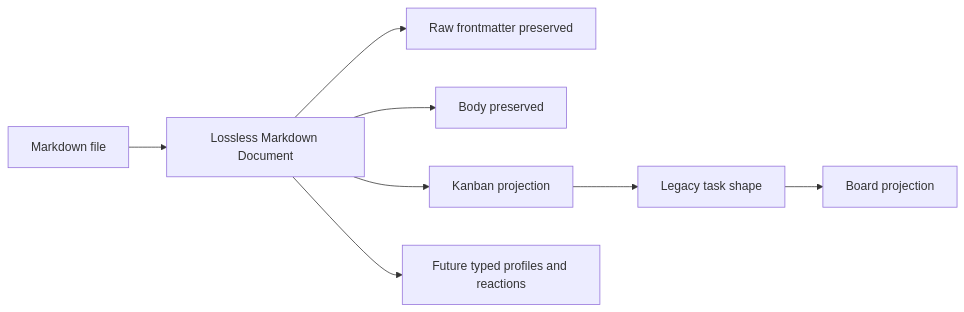
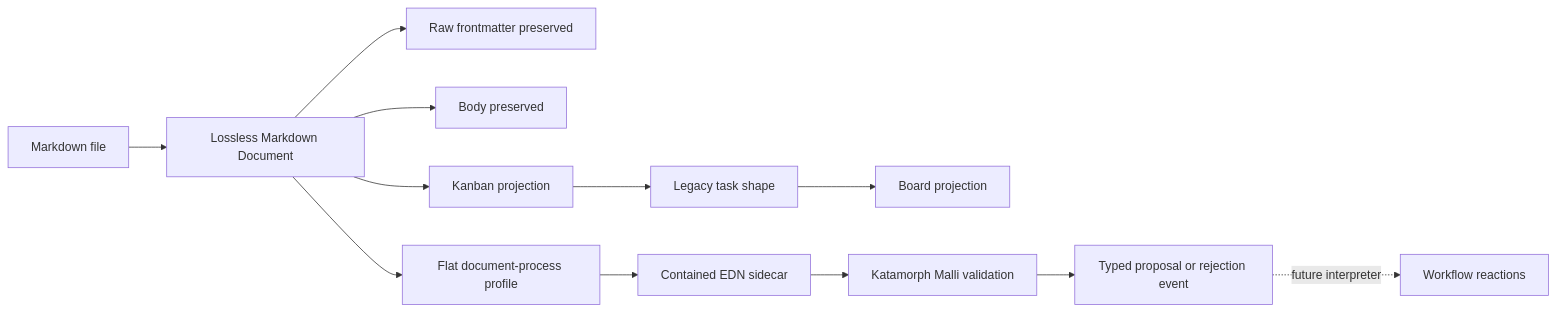
One commit to open-hax/eta-mu changed the diagram in packages/rheos/docs/workflows/markdown-artifact-projection.mmd. Above: the diagram before and after it, drawn with Mermaid. The commit also changed 22 other files, not shown here.

Commit message:
feat(rheos): emit typed markdown document events

```diff
--- a/packages/rheos/docs/workflows/markdown-artifact-projection.mmd
+++ b/packages/rheos/docs/workflows/markdown-artifact-projection.mmd
@@ -1,8 +1,12 @@
 flowchart LR
   M[Markdown file] --> D[Lossless Markdown Document]
   D --> F[Raw frontmatter preserved]
   D --> B[Body preserved]
   D --> K[Kanban projection]
   K --> T[Legacy task shape]
   T --> P[Board projection]
-  D --> X[Future typed profiles and reactions]
+  D --> X[Flat document-process profile]
+  X --> E[Contained EDN sidecar]
+  E --> V[Katamorph Malli validation]
+  V --> Q[Typed proposal or rejection event]
+  Q -. future interpreter .-> R[Workflow reactions]
```
